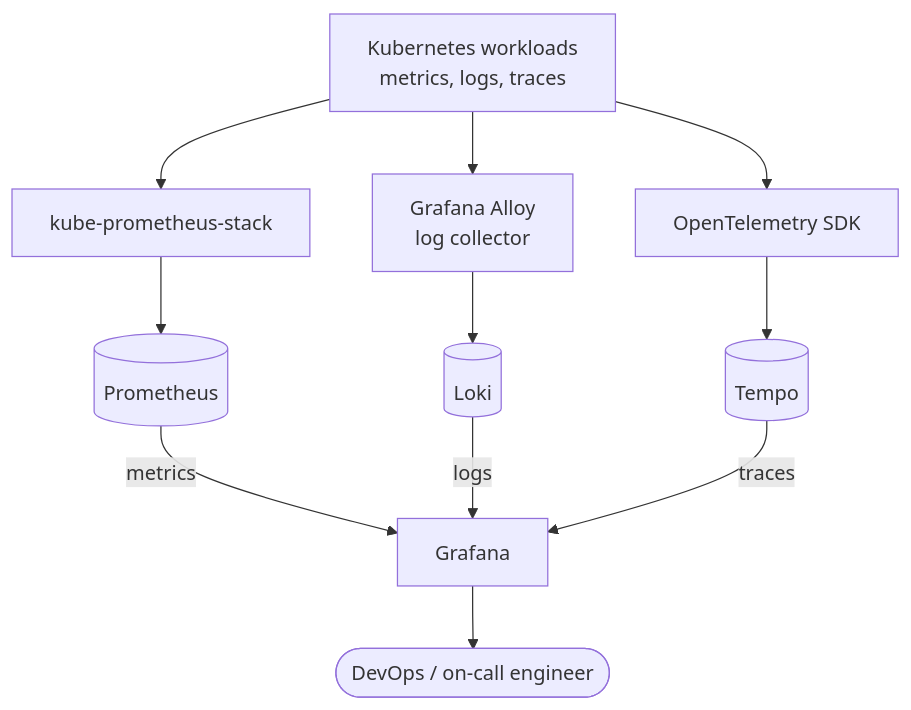
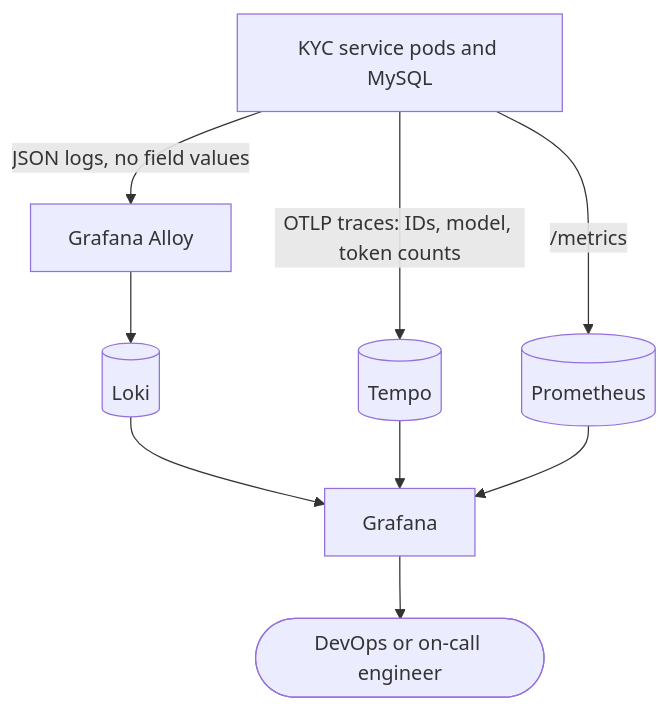
One commit to meetbrij/prod-grade-e2e-devsecops-pipeline changed the fourth of 9 diagrams in README.md. Above: the diagram before and after it, drawn with Mermaid. The commit also changed other lines of this file and 4 other files, not shown here.

````diff
--- a/README.md
+++ b/README.md
@@ -163,14 +195,8 @@
 ```mermaid
 flowchart TD
-    W[Kubernetes workloads<br/>metrics, logs, traces]
-    W --> KPS[kube-prometheus-stack]
-    W --> PT[Grafana Alloy<br/>log collector]
-    W --> OT[OpenTelemetry SDK]
-    KPS --> P[(Prometheus)]
-    PT --> L[(Loki)]
-    OT --> T[(Tempo)]
-    P -->|metrics| G[Grafana]
-    L -->|logs| G
-    T -->|traces| G
-    G --> ENG([DevOps / on-call engineer])
+    W[KYC service pods and MySQL]
+    W -->|JSON logs, no field values| ALLOY[Grafana Alloy] --> LOKI[(Loki)] --> G[Grafana]
+    W -->|OTLP traces: IDs, model, token counts| TEMPO[(Tempo)] --> G
+    W -->|"/metrics"| PROM[(Prometheus)] --> G
+    G --> ENG([DevOps or on-call engineer])
 ```
````
